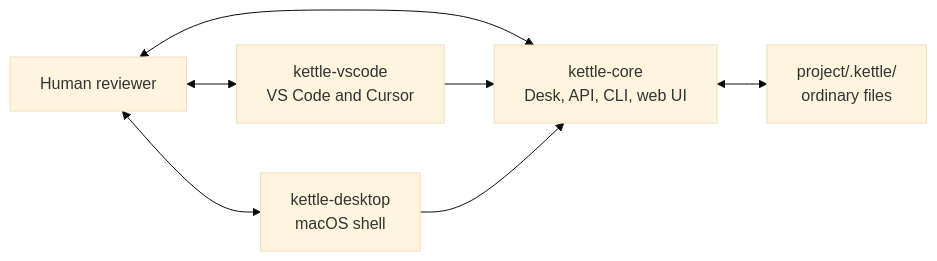
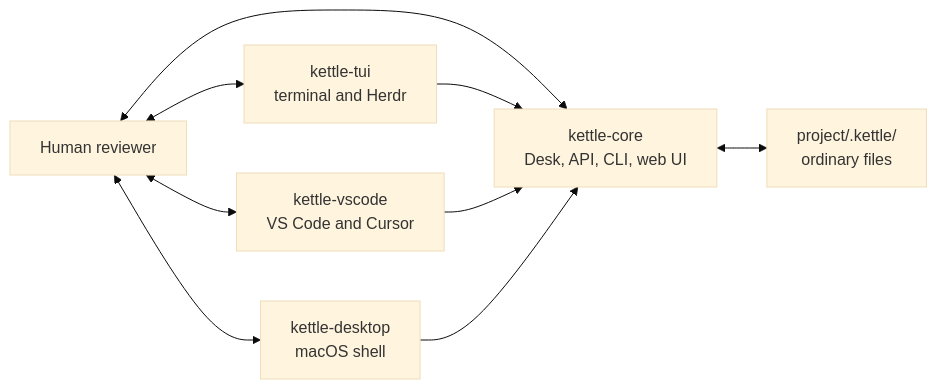
One commit to charlesberret/kettle changed the diagram in docs/explanation/architecture.md. Above: the diagram before and after it, drawn with Mermaid (base theme). The commit also changed other lines of this file and 3 other files, not shown here.

````diff
--- a/docs/explanation/architecture.md
+++ b/docs/explanation/architecture.md
@@ -7,15 +7,18 @@
 ```mermaid
 flowchart LR
     U["Human reviewer"]
     C["kettle-core<br/>Desk, API, CLI, web UI"]
     D["project/.kettle/<br/>ordinary files"]
+    T["kettle-tui<br/>terminal and Herdr"]
     V["kettle-vscode<br/>VS Code and Cursor"]
     M["kettle-desktop<br/>macOS shell"]
 
     U <--> C
+    U <--> T
     U <--> V
     U <--> M
+    T --> C
     V --> C
     M --> C
     C <--> D
 ```
````
